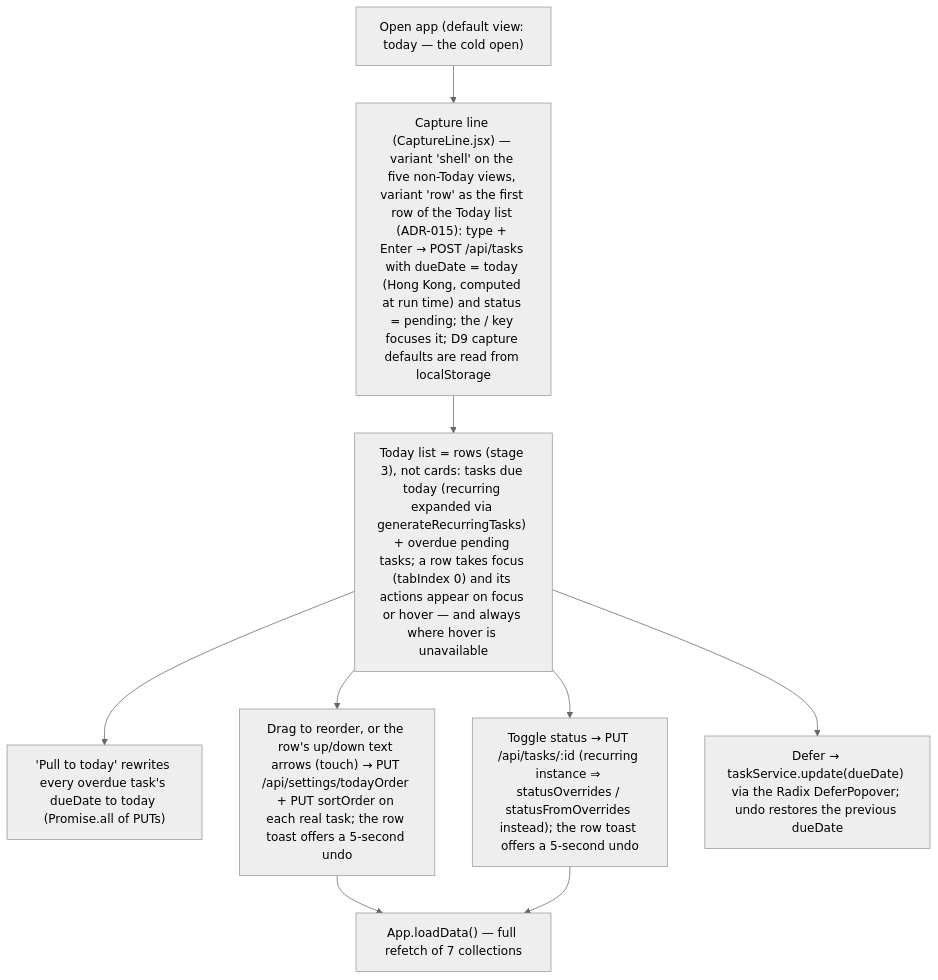
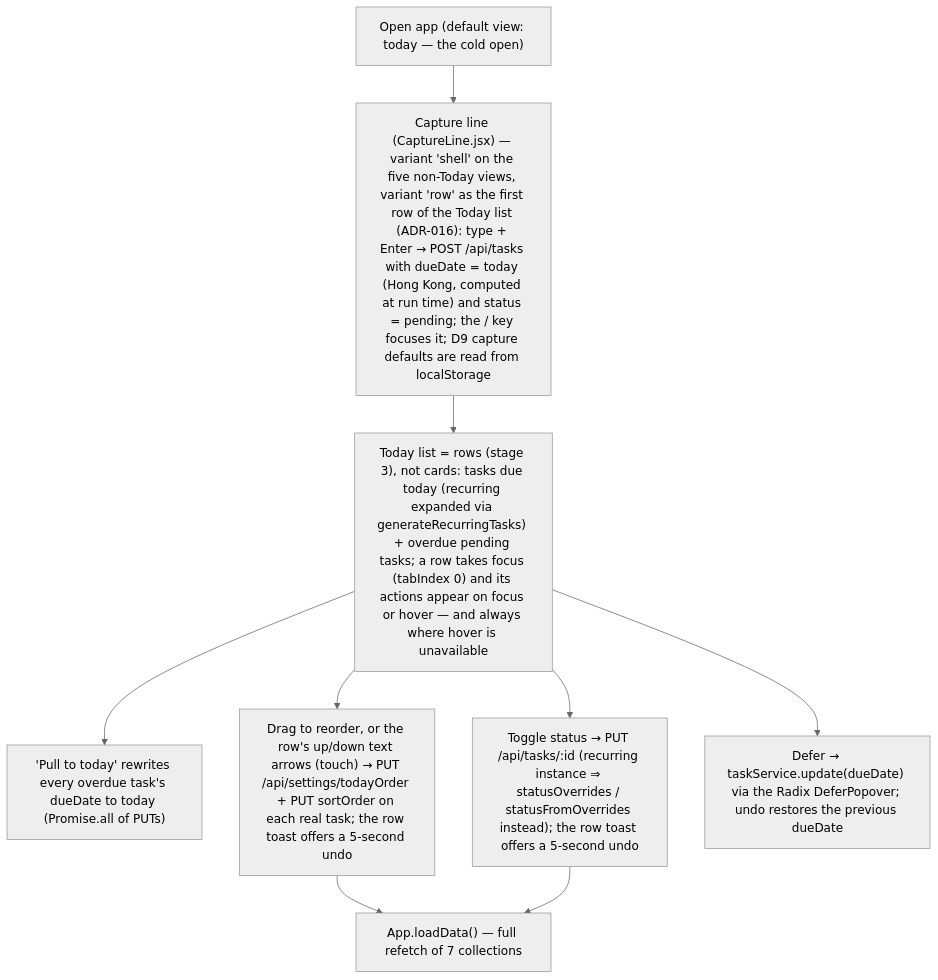
The third of 7 diagrams in .dev_context/ARCHITECTURE.md (lung123w/dayframe), drawn with Mermaid (neutral theme) before and after one commit. The commit also changed other lines of this file and 2 other files, not shown here.

First line of the commit message:
docs(dev-context): renumber the capture-row ADR to ADR-016 (master took ADR-015)

````diff
--- a/.dev_context/ARCHITECTURE.md
+++ b/.dev_context/ARCHITECTURE.md
@@ -146,11 +146,11 @@
 ```mermaid
 flowchart TD
-    Start["Open app (default view: today — the cold open)"] --> Capture["Capture line (CaptureLine.jsx) — variant 'shell' on the five non-Today views, variant 'row' as the first row of the Today list (ADR-015): type + Enter → POST /api/tasks with dueDate = today (Hong Kong, computed at run time) and status = pending; the / key focuses it; D9 capture defaults are read from localStorage"]
+    Start["Open app (default view: today — the cold open)"] --> Capture["Capture line (CaptureLine.jsx) — variant 'shell' on the five non-Today views, variant 'row' as the first row of the Today list (ADR-016): type + Enter → POST /api/tasks with dueDate = today (Hong Kong, computed at run time) and status = pending; the / key focuses it; D9 capture defaults are read from localStorage"]
     Capture --> List["Today list = rows (stage 3), not cards: tasks due today (recurring expanded via generateRecurringTasks) + overdue pending tasks; a row takes focus (tabIndex 0) and its actions appear on focus or hover — and always where hover is unavailable"]
     List --> Pull["'Pull to today' rewrites every overdue task's dueDate to today (Promise.all of PUTs)"]
     List --> Order["Drag to reorder, or the row's up/down text arrows (touch) → PUT /api/settings/todayOrder + PUT sortOrder on each real task; the row toast offers a 5-second undo"]
     List --> Done["Toggle status → PUT /api/tasks/:id (recurring instance ⇒ statusOverrides / statusFromOverrides instead); the row toast offers a 5-second undo"]
     List --> DeferR["Defer → taskService.update(dueDate) via the Radix DeferPopover; undo restores the previous dueDate"]
     Order --> Reload["App.loadData() — full refetch of 7 collections"]
     Done --> Reload
 ```
````
